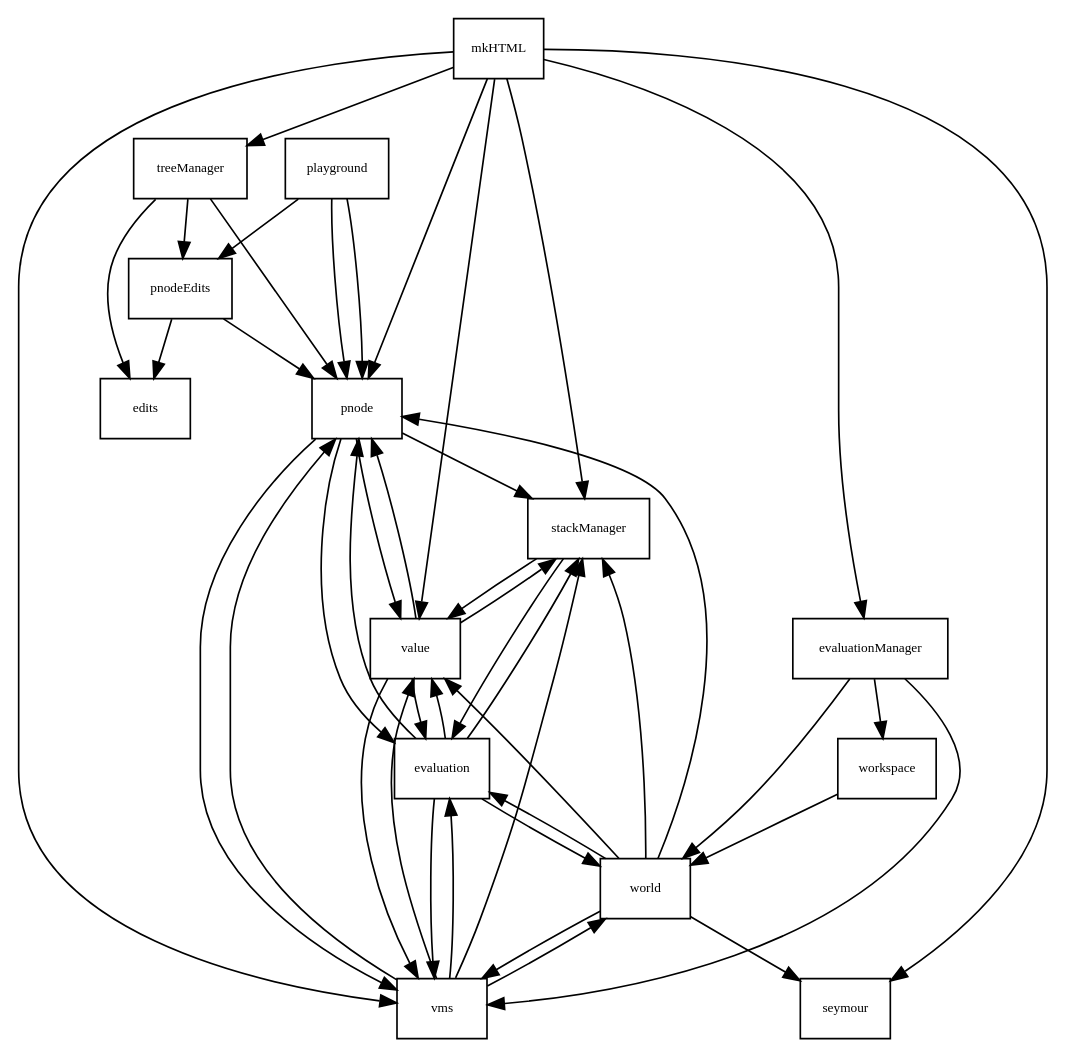
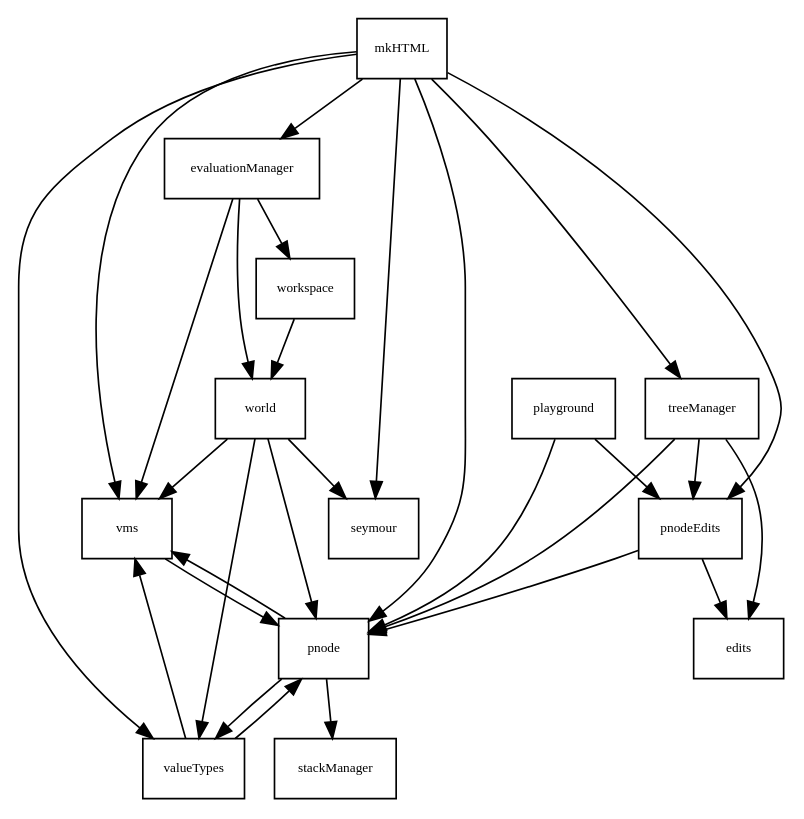
One commit to theodore-norvell/PLAAY changed the diagram in typescriptSrc/dependence.gv. Above: the diagram before and after it, drawn with Graphviz. The commit also changed 5 other files, not shown here.

Commit message:
Final tidying and updating the graphs files.

```diff
--- a/typescriptSrc/dependence.gv
+++ b/typescriptSrc/dependence.gv
@@ -1,90 +1,67 @@
 digraph Depends {
 
    gsize="8,6"; ratio=fill;
    node[fontsize=8, shape=rectangle];
 
-   //mkHTML -> assert ;
-   //mkHTML -> collections ;
-   mkHTML -> pnode ;
-   mkHTML -> treeManager ;
-   mkHTML -> evaluationManager ;
-   mkHTML -> stackManager ;
-   mkHTML -> vms ;
-   mkHTML -> value ;
-   mkHTML -> seymour ;
-
    //edits -> assert ;
    //edits -> collections ;
-
-   
-   //evaluation -> assert ;
-   //evaluation -> collections ;
-   evaluation -> stackManager ;
-   evaluation -> pnode ;
-   evaluation -> value ;
-   evaluation -> vms ;
-   evaluation -> world ;
 
    evaluationManager -> vms ;
    evaluationManager -> workspace ;
    evaluationManager -> world ;
+
+   //mkHTML -> assert ;
+   //mkHTML -> collections ;
+   mkHTML -> pnode ;
+   mkHTML -> pnodeEdits ;
+   mkHTML -> treeManager ;
+   mkHTML -> evaluationManager ;
+   mkHTML -> vms ;
+   mkHTML -> valueTypes ;
+   mkHTML -> seymour ;
 
    //pageManipulation -> assert ;
    //pageManipulation -> collections ;
 
    //playground -> assert ;
    //playground -> collections ;
    playground -> pnode ;
-   playground -> pnode ;
    playground -> pnodeEdits ;
-
 
    //pnode -> assert ;
    //pnode -> collections ;
-   pnode -> evaluation ;
    pnode -> stackManager ;
+   pnode -> valueTypes ;
    pnode -> vms ;
-   pnode -> value ;
 
    //pnodeEdits -> assert ;
    //pnodeEdits -> collections ;
    pnodeEdits -> edits ;
    pnodeEdits -> pnode ;
-
-   stackManager -> evaluation ;
-   stackManager -> value ;
 
    //treeManager -> asssert ;
    //treeManager -> collections ;
    treeManager -> edits ;
    treeManager -> pnode ;
    treeManager -> pnodeEdits ;
 
    //turtleTest -> seymour ;
 
-   //value -> assert ;
-   //value -> collections ;
-   value -> evaluation ;
-   value -> pnode ;
-   value -> stackManager ;
-   value -> vms ;
+   //valueTypes -> assert ;
+   //valueTypes -> collections ;
+   valueTypes -> pnode ;
+   valueTypes -> vms ;
 
    //vms -> assert ;
    //vms -> collections ;
-   vms -> evaluation ;
    vms -> pnode ;
-   vms -> stackManager ;
-   vms -> value ;
-   vms -> world ;
 
    workspace -> world ;
 
    //world -> assert ;
    //world -> collections ;
-   world -> evaluation ;
    world -> pnode ;
    world -> seymour ;
-   world -> stackManager ;
-   world -> value ;
+   world -> valueTypes ;
    world -> vms ;
 }
```
